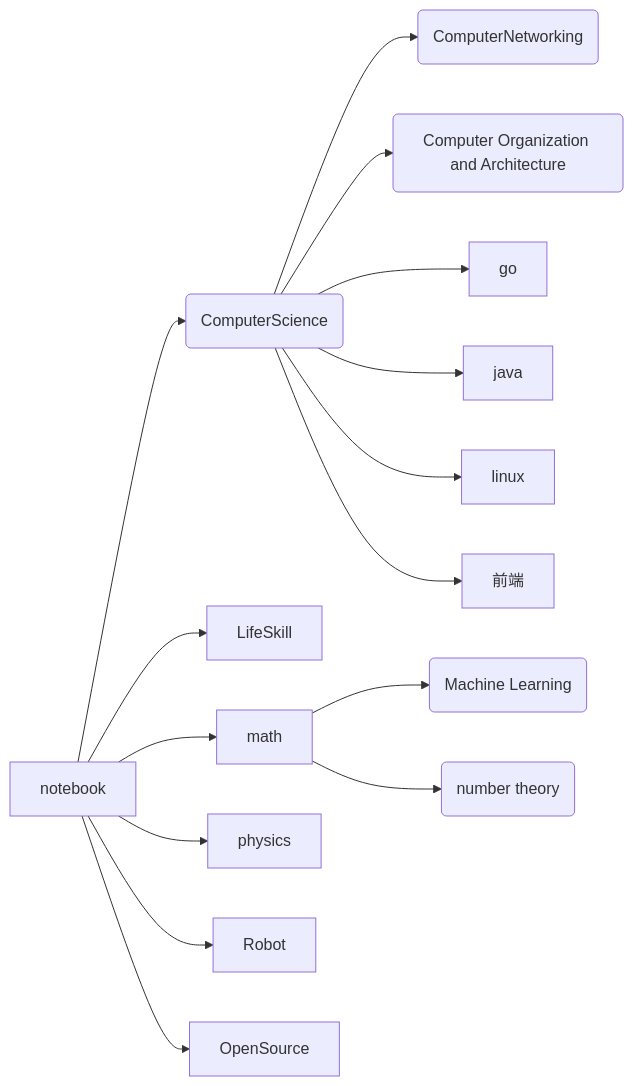
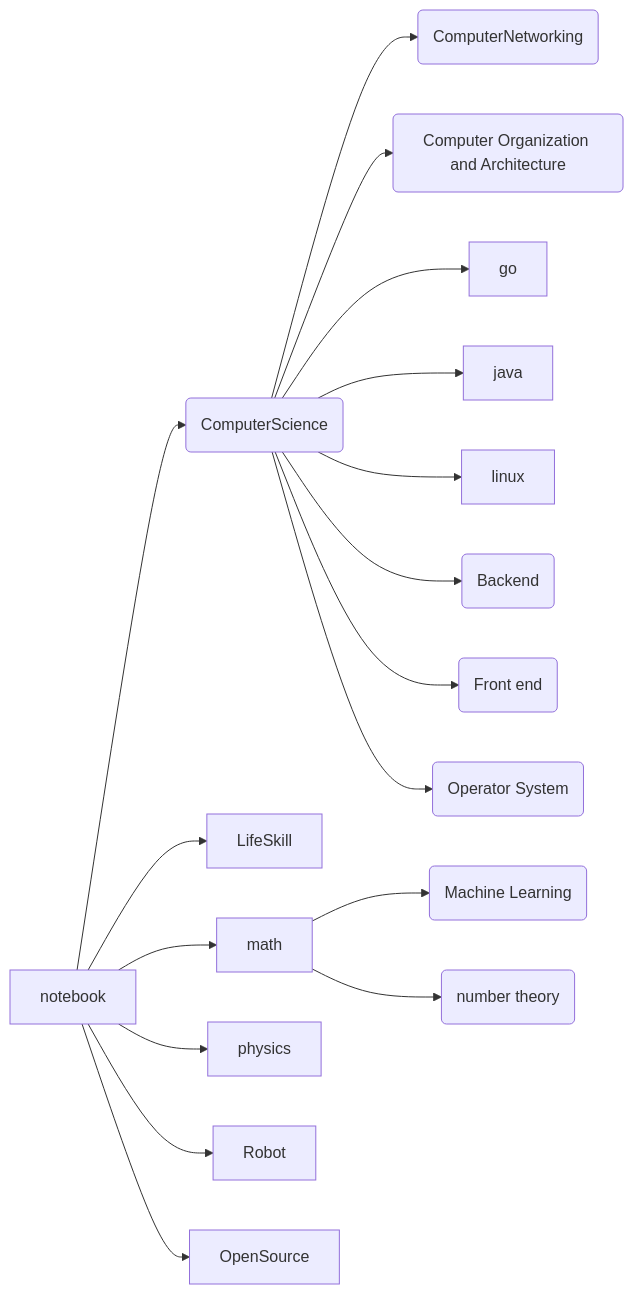
Before and after one commit to zhangxuwen/learningNotebook: the diagram in README.md, drawn with Mermaid.

Commit message:
add something of README.md in the frist Page

````diff
--- a/README.md
+++ b/README.md
@@ -14,17 +14,21 @@
 ```mermaid
 graph LR
 notebook --> CS(ComputerScience)
 notebook --> LifeSkill
 notebook --> math
 notebook --> physics
 notebook --> Robot
 notebook --> OpenSource
+
 CS --> CN(ComputerNetworking)
 CS --> COAA(Computer Organization and Architecture)
 CS --> go
 CS --> java
 CS --> linux
-CS --> 前端
+CS --> BD(Backend)
+CS --> FD(Front end)
+CS --> OS(Operator System)
+
 math --> ML(Machine Learning)
 math --> NT(number theory)
 ```
````
